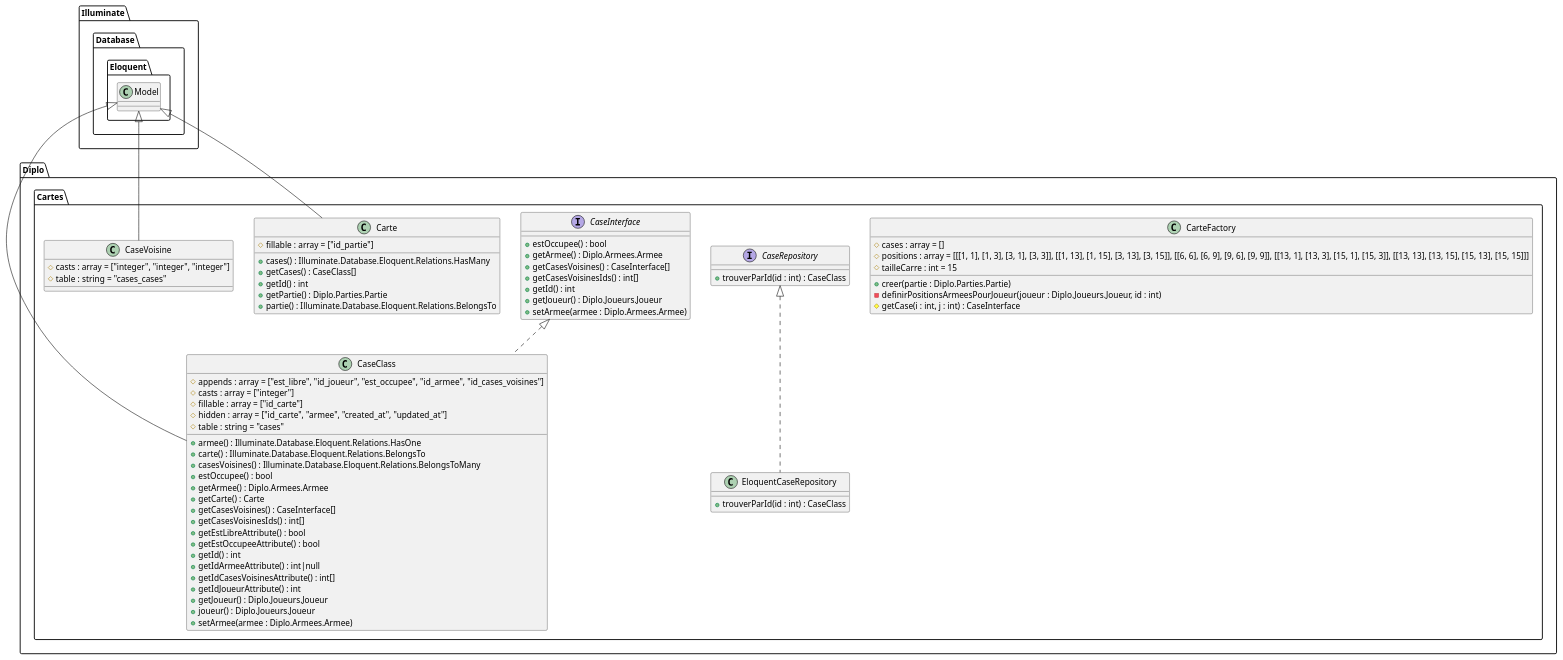
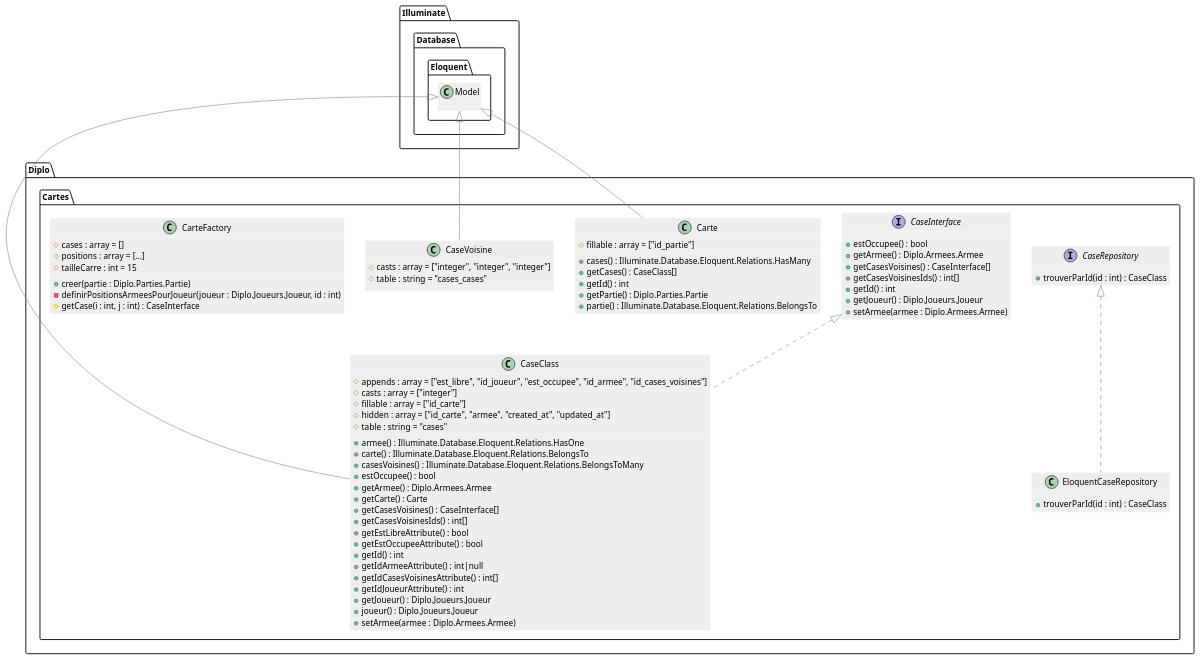
The diagram in rapports/final/diagrammes/php-export-cut/Cartes.plantuml (AntoineAugusti/diplo), drawn with PlantUML before and after one commit. The commit also changed 15 other files, not shown here.

Commit message:
Ajout du skin flat aux diagrammes UML

```diff
--- a/rapports/final/diagrammes/php-export-cut/Cartes.plantuml
+++ b/rapports/final/diagrammes/php-export-cut/Cartes.plantuml
@@ -1,66 +1,129 @@
 @startuml
-class Diplo.Cartes.CarteFactory {
-    #cases : array = []
-    #positions : array = [[[1, 1], [1, 3], [3, 1], [3, 3]], [[1, 13], [1, 15], [3, 13], [3, 15]], [[6, 6], [6, 9], [9, 6], [9, 9]], [[13, 1], [13, 3], [15, 1], [15, 3]], [[13, 13], [13, 15], [15, 13], [15, 15]]]
-    #tailleCarre : int = 15
-    +creer(partie : Diplo.Parties.Partie)
-    -definirPositionsArmeesPourJoueur(joueur : Diplo.Joueurs.Joueur, id : int)
-    #getCase(i : int, j : int) : CaseInterface
+
+skinparam shadowing false
+skinparam stereotypeCBackgroundColor #5B9BD5
+' skinparam backgroundColor transparent
+
+skinparam note {
+  BackgroundColor #73AE42
+  BorderColor #6CA43E
+  FontColor white
+}
+
+skinparam class {
+  BackgroundColor #EEEEEE
+  ArrowColor #758A9F
+  BorderColor #FFFFFF
+}
+
+skinparam sequence {
+  ArrowColor #6CA43E
+
+  LifeLineBorderColor #6CA43E
+  LifeLineBackgroundColor #73AE42
+
+  ParticipantBorderColor #2E75B5
+  ParticipantBackgroundColor #5B9BD5
+
+  ActorBorderColor #2E75B5
+  ActorBackgroundColor #5B9BD5
+
+  BoxLineColor #A5A5A5
+}
+
+skinparam state {
+  BackgroundColor #EEEEEE
+  ArrowColor #758A9F
+  BorderColor #9E9E9E
+}
+
+skinparam usecase {
+  BackgroundColor #EEEEEE
+  BorderColor #9E9E9E
+
+  ArrowColor #6CA43E
+  ActorBorderColor #6CA43E
+}
+
+skinparam component {
+  BackgroundColor #EEEEEE
+  ArrowColor #758A9F
+  BorderColor #9E9E9E
+}
+
+skinparam node {
+  BackgroundColor #FFFFFF
+  ArrowColor #758A9F
+  BorderColor #9E9E9E
+}
+
+skinparam database {
+  BackgroundColor #EEEEEE
+  ArrowColor #758A9F
+  BorderColor #9E9E9E
 }
 interface Diplo.Cartes.CaseRepository {
     +trouverParId(id : int) : CaseClass
 }
 class Diplo.Cartes.CaseClass {
     #appends : array = ["est_libre", "id_joueur", "est_occupee", "id_armee", "id_cases_voisines"]
     #casts : array = ["integer"]
     #fillable : array = ["id_carte"]
     #hidden : array = ["id_carte", "armee", "created_at", "updated_at"]
     #table : string = "cases"
     +armee() : Illuminate.Database.Eloquent.Relations.HasOne
     +carte() : Illuminate.Database.Eloquent.Relations.BelongsTo
     +casesVoisines() : Illuminate.Database.Eloquent.Relations.BelongsToMany
     +estOccupee() : bool
     +getArmee() : Diplo.Armees.Armee
     +getCarte() : Carte
     +getCasesVoisines() : CaseInterface[]
     +getCasesVoisinesIds() : int[]
     +getEstLibreAttribute() : bool
     +getEstOccupeeAttribute() : bool
     +getId() : int
     +getIdArmeeAttribute() : int|null
     +getIdCasesVoisinesAttribute() : int[]
     +getIdJoueurAttribute() : int
     +getJoueur() : Diplo.Joueurs.Joueur
     +joueur() : Diplo.Joueurs.Joueur
     +setArmee(armee : Diplo.Armees.Armee)
 }
 class Diplo.Cartes.CaseClass extends Illuminate.Database.Eloquent.Model
 class Diplo.Cartes.CaseClass implements Diplo.Cartes.CaseInterface
 class Diplo.Cartes.Carte {
     #fillable : array = ["id_partie"]
     +cases() : Illuminate.Database.Eloquent.Relations.HasMany
     +getCases() : CaseClass[]
     +getId() : int
     +getPartie() : Diplo.Parties.Partie
     +partie() : Illuminate.Database.Eloquent.Relations.BelongsTo
 }
 class Diplo.Cartes.Carte extends Illuminate.Database.Eloquent.Model
 class Diplo.Cartes.CaseVoisine {
     #casts : array = ["integer", "integer", "integer"]
     #table : string = "cases_cases"
 }
 class Diplo.Cartes.CaseVoisine extends Illuminate.Database.Eloquent.Model
 class Diplo.Cartes.EloquentCaseRepository {
     +trouverParId(id : int) : CaseClass
 }
 class Diplo.Cartes.EloquentCaseRepository implements Diplo.Cartes.CaseRepository
 interface Diplo.Cartes.CaseInterface {
     +estOccupee() : bool
     +getArmee() : Diplo.Armees.Armee
     +getCasesVoisines() : CaseInterface[]
     +getCasesVoisinesIds() : int[]
     +getId() : int
     +getJoueur() : Diplo.Joueurs.Joueur
     +setArmee(armee : Diplo.Armees.Armee)
 }
+class Diplo.Cartes.CarteFactory {
+    #cases : array = []
+    #positions : array = [...]
+    #tailleCarre : int = 15
+    +creer(partie : Diplo.Parties.Partie)
+    -definirPositionsArmeesPourJoueur(joueur : Diplo.Joueurs.Joueur, id : int)
+    #getCase(i : int, j : int) : CaseInterface
+}
 @enduml
```
